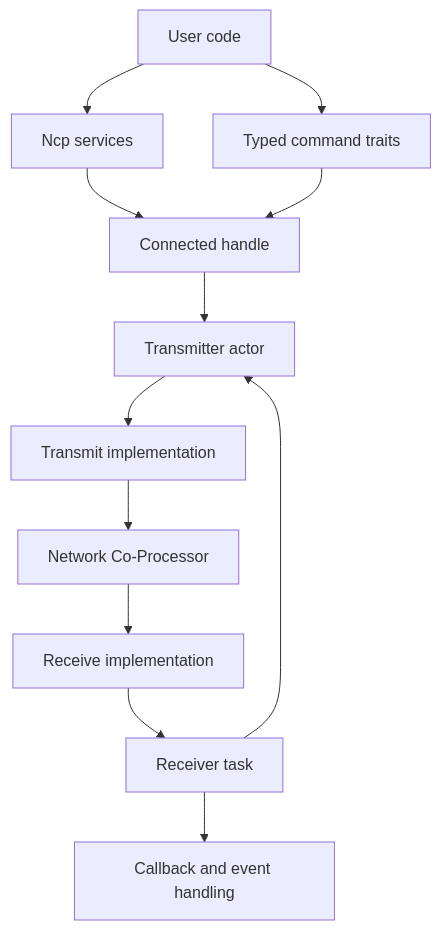
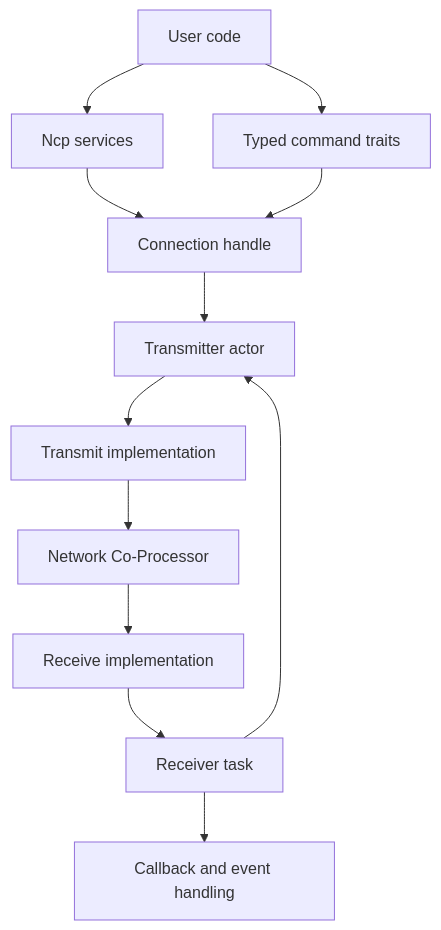
Before and after one commit to PaulmannLighting/ezsp: the first of 7 diagrams in ARCHITECTURE.md, drawn with Mermaid. The commit also changed other lines of this file and 21 other files, not shown here.

````diff
--- a/ARCHITECTURE.md
+++ b/ARCHITECTURE.md
@@ -25,14 +25,14 @@
 ```mermaid
 flowchart TD
     user[User code] --> ncp[Ncp services]
     user --> commands[Typed command traits]
-    ncp --> connected[Connected handle]
-    commands --> connected
-    connected --> txActor[Transmitter actor]
+    ncp --> connection[Connection handle]
+    commands --> connection
+    connection --> txActor[Transmitter actor]
     txActor --> tx[Transmit implementation]
     tx --> device[Network Co-Processor]
     device --> rx[Receive implementation]
     rx --> rxTask[Receiver task]
     rxTask --> txActor
     rxTask --> events[Callback and event handling]
 ```
````
